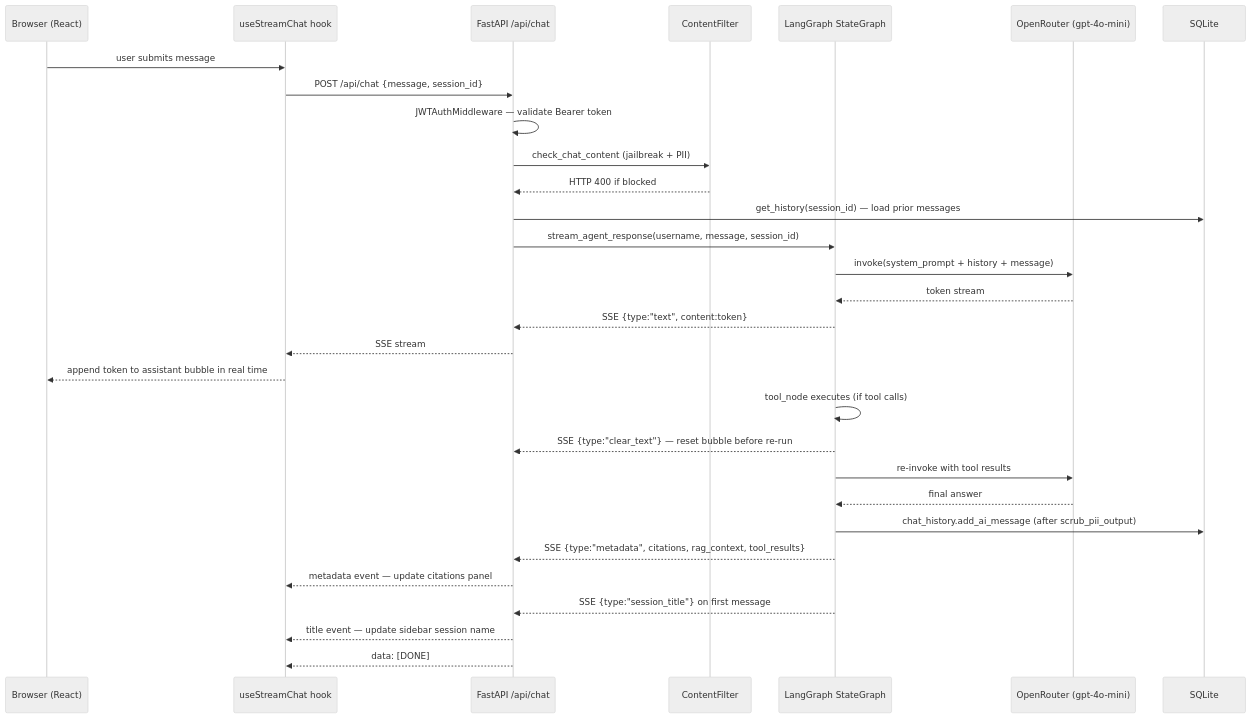
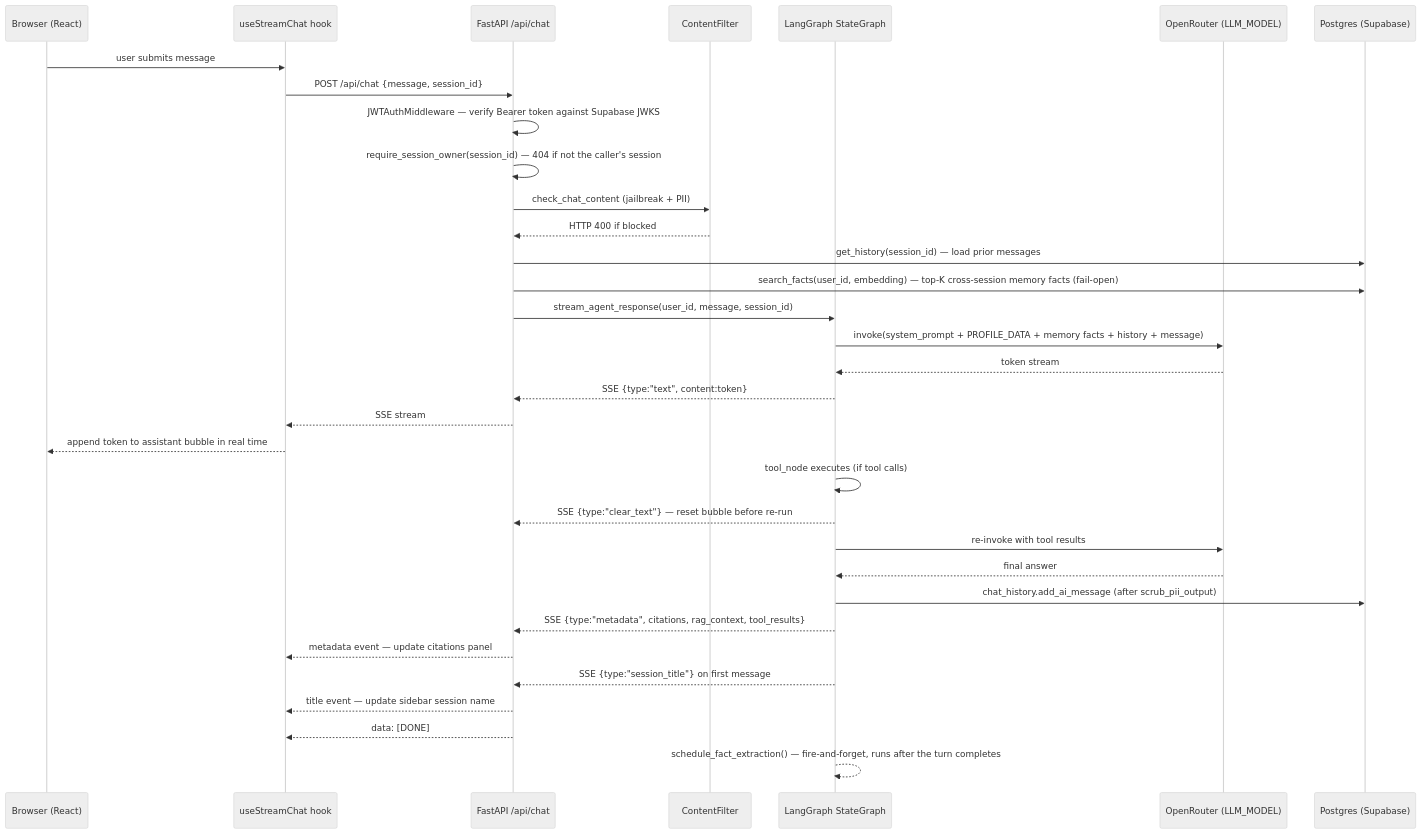
Before and after one commit to francesco-grani/derma6: the first of 5 diagrams in docs/wiki/Architecture.md, drawn with Mermaid (neutral theme). The commit also changed other lines of this file and 9 other files, not shown here.

First line of the commit message:
Sanitise kb_search results at read time; document v3 (agentic RAG, memory, security)

````diff
--- a/docs/wiki/Architecture.md
+++ b/docs/wiki/Architecture.md
@@ -11,33 +11,36 @@
 ```mermaid
 sequenceDiagram
     participant U as Browser (React)
     participant H as useStreamChat hook
     participant F as FastAPI /api/chat
     participant CF as ContentFilter
     participant G as LangGraph StateGraph
-    participant LLM as OpenRouter (gpt-4o-mini)
-    participant DB as SQLite
+    participant LLM as OpenRouter (LLM_MODEL)
+    participant DB as Postgres (Supabase)
 
     U->>H: user submits message
     H->>F: POST /api/chat {message, session_id}
-    F->>F: JWTAuthMiddleware — validate Bearer token
+    F->>F: JWTAuthMiddleware — verify Bearer token against Supabase JWKS
+    F->>F: require_session_owner(session_id) — 404 if not the caller's session
     F->>CF: check_chat_content (jailbreak + PII)
     CF-->>F: HTTP 400 if blocked
     F->>DB: get_history(session_id) — load prior messages
-    F->>G: stream_agent_response(username, message, session_id)
-    G->>LLM: invoke(system_prompt + history + message)
+    F->>DB: search_facts(user_id, embedding) — top-K cross-session memory facts (fail-open)
+    F->>G: stream_agent_response(user_id, message, session_id)
+    G->>LLM: invoke(system_prompt + PROFILE_DATA + memory facts + history + message)
     LLM-->>G: token stream
     G-->>F: SSE {type:"text", content:token}
     F-->>H: SSE stream
     H-->>U: append token to assistant bubble in real time
     G->>G: tool_node executes (if tool calls)
     G-->>F: SSE {type:"clear_text"} — reset bubble before re-run
     G->>LLM: re-invoke with tool results
     LLM-->>G: final answer
     G->>DB: chat_history.add_ai_message (after scrub_pii_output)
     G-->>F: SSE {type:"metadata", citations, rag_context, tool_results}
     F-->>H: metadata event — update citations panel
     G-->>F: SSE {type:"session_title"} on first message
     F-->>H: title event — update sidebar session name
     F-->>H: data: [DONE]
+    G-->>G: schedule_fact_extraction() — fire-and-forget, runs after the turn completes
 ```
````
